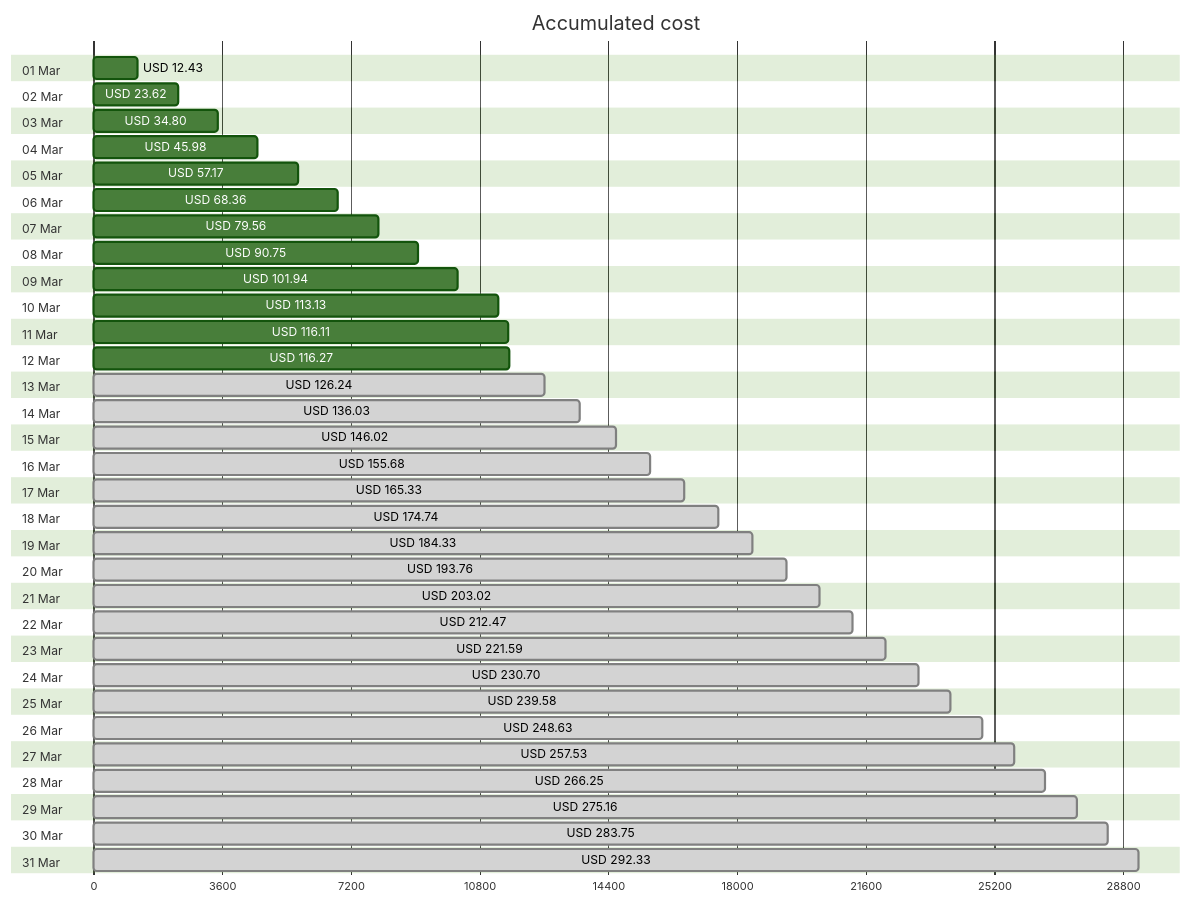
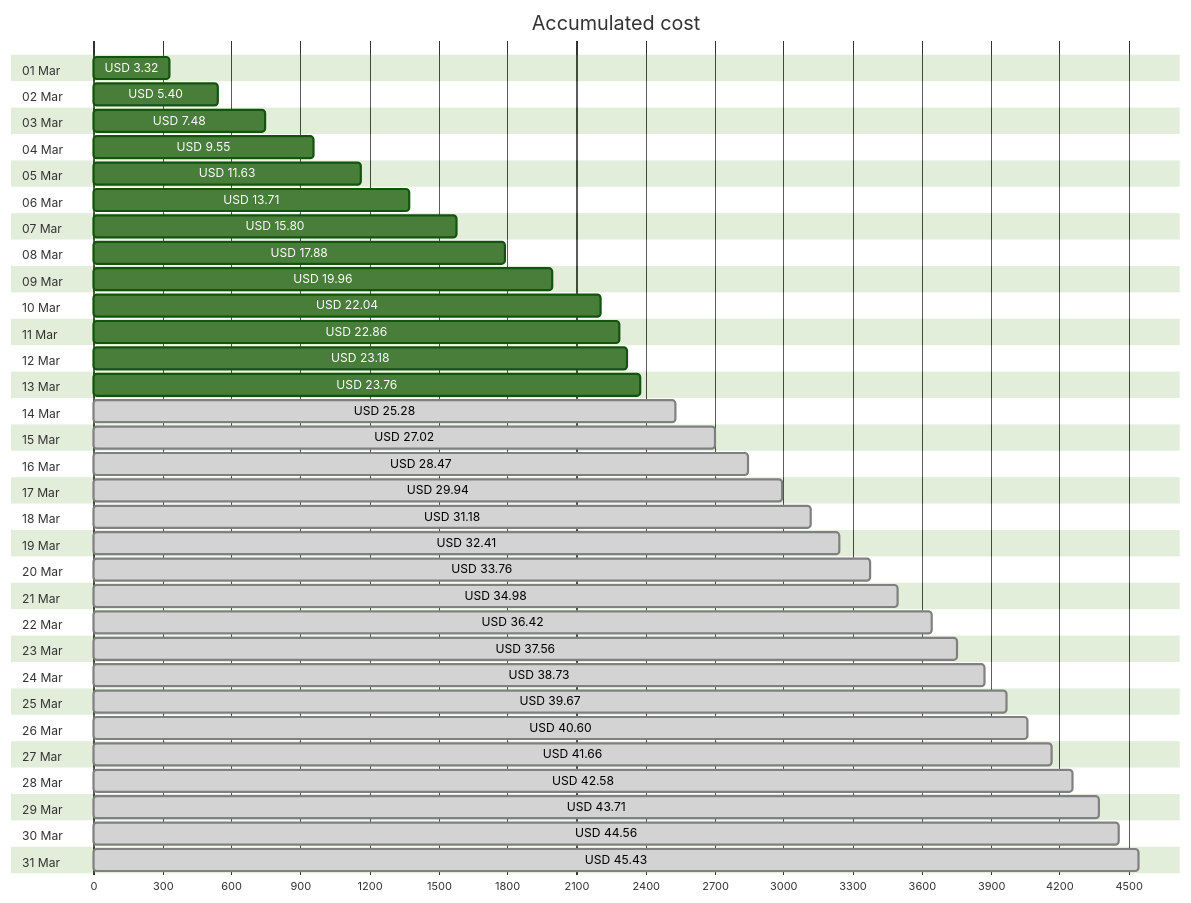
One commit to jpfulton/azure-personal-reports changed the first of 4 diagrams in cost-reports/accumulated-cost.md. Above: the diagram before and after it, drawn with Mermaid (forest theme). The commit also changed other lines of this file and 4 other files, not shown here.

````diff
--- a/cost-reports/accumulated-cost.md
+++ b/cost-reports/accumulated-cost.md
@@ -20,68 +20,68 @@
 ```mermaid
 gantt
    title Accumulated cost
    dateFormat  X
    axisFormat %s
    section 01 Mar
-   USD 12.43 :0, 1243
+   USD 3.32 :0, 332
    section 02 Mar
-   USD 23.62 :0, 2362
+   USD 5.40 :0, 540
    section 03 Mar
-   USD 34.80 :0, 3480
+   USD 7.48 :0, 748
    section 04 Mar
-   USD 45.98 :0, 4598
+   USD 9.55 :0, 955
    section 05 Mar
-   USD 57.17 :0, 5717
+   USD 11.63 :0, 1163
    section 06 Mar
-   USD 68.36 :0, 6836
+   USD 13.71 :0, 1371
    section 07 Mar
-   USD 79.56 :0, 7956
+   USD 15.80 :0, 1580
    section 08 Mar
-   USD 90.75 :0, 9075
+   USD 17.88 :0, 1788
    section 09 Mar
-   USD 101.94 :0, 10194
+   USD 19.96 :0, 1996
    section 10 Mar
-   USD 113.13 :0, 11313
+   USD 22.04 :0, 2204
    section 11 Mar
-   USD 116.11 :0, 11611
+   USD 22.86 :0, 2286
    section 12 Mar
-   USD 116.27 :0, 11627
+   USD 23.18 :0, 2318
    section 13 Mar
-   USD 126.24 : done, 0, 12624
+   USD 23.76 :0, 2376
    section 14 Mar
-   USD 136.03 : done, 0, 13603
+   USD 25.28 : done, 0, 2528
    section 15 Mar
-   USD 146.02 : done, 0, 14602
+   USD 27.02 : done, 0, 2702
    section 16 Mar
-   USD 155.68 : done, 0, 15568
+   USD 28.47 : done, 0, 2847
    section 17 Mar
-   USD 165.33 : done, 0, 16533
+   USD 29.94 : done, 0, 2994
    section 18 Mar
-   USD 174.74 : done, 0, 17474
+   USD 31.18 : done, 0, 3118
    section 19 Mar
-   USD 184.33 : done, 0, 18433
+   USD 32.41 : done, 0, 3241
    section 20 Mar
-   USD 193.76 : done, 0, 19376
+   USD 33.76 : done, 0, 3376
    section 21 Mar
-   USD 203.02 : done, 0, 20302
+   USD 34.98 : done, 0, 3498
    section 22 Mar
-   USD 212.47 : done, 0, 21247
+   USD 36.42 : done, 0, 3642
    section 23 Mar
-   USD 221.59 : done, 0, 22159
+   USD 37.56 : done, 0, 3756
    section 24 Mar
-   USD 230.70 : done, 0, 23070
+   USD 38.73 : done, 0, 3873
    section 25 Mar
-   USD 239.58 : done, 0, 23958
+   USD 39.67 : done, 0, 3967
    section 26 Mar
-   USD 248.63 : done, 0, 24863
+   USD 40.60 : done, 0, 4060
    section 27 Mar
-   USD 257.53 : done, 0, 25753
+   USD 41.66 : done, 0, 4166
    section 28 Mar
-   USD 266.25 : done, 0, 26625
+   USD 42.58 : done, 0, 4258
    section 29 Mar
-   USD 275.16 : done, 0, 27516
+   USD 43.71 : done, 0, 4371
    section 30 Mar
-   USD 283.75 : done, 0, 28375
+   USD 44.56 : done, 0, 4456
    section 31 Mar
-   USD 292.33 : done, 0, 29233
+   USD 45.43 : done, 0, 4543
 ```
````
